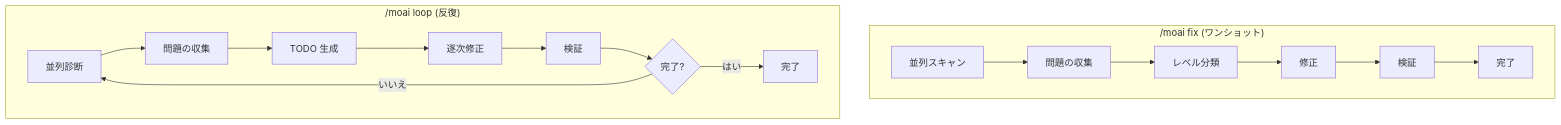
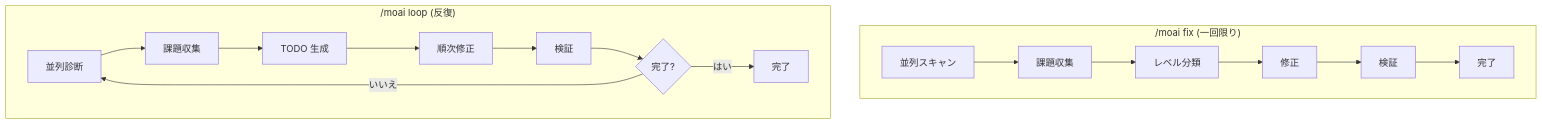
Before and after one commit to modu-ai/moai-adk: the third of 4 diagrams in docs-site/content/ja/utility-commands/moai-loop.md, drawn with Mermaid. The commit also changed other lines of this file and 180 other files, not shown here.

````diff
--- a/docs-site/content/ja/utility-commands/moai-loop.md
+++ b/docs-site/content/ja/utility-commands/moai-loop.md
@@ -184,20 +196,20 @@
 ```mermaid
 flowchart TD
-    subgraph Fix["/moai fix (ワンショット)"]
-        F1[並列スキャン] --> F2[問題の収集]
+    subgraph Fix["/moai fix (一回限り)"]
+        F1[並列スキャン] --> F2[課題収集]
         F2 --> F3[レベル分類]
         F3 --> F4[修正]
         F4 --> F5[検証]
         F5 --> F6[完了]
     end
 
     subgraph Loop["/moai loop (反復)"]
-        L1[並列診断] --> L2[問題の収集]
+        L1[並列診断] --> L2[課題収集]
         L2 --> L3[TODO 生成]
-        L3 --> L4[逐次修正]
+        L3 --> L4[順次修正]
         L4 --> L5[検証]
         L5 --> L6{完了?}
         L6 -->|いいえ| L1
         L6 -->|はい| L7[完了]
     end
 ```
````
